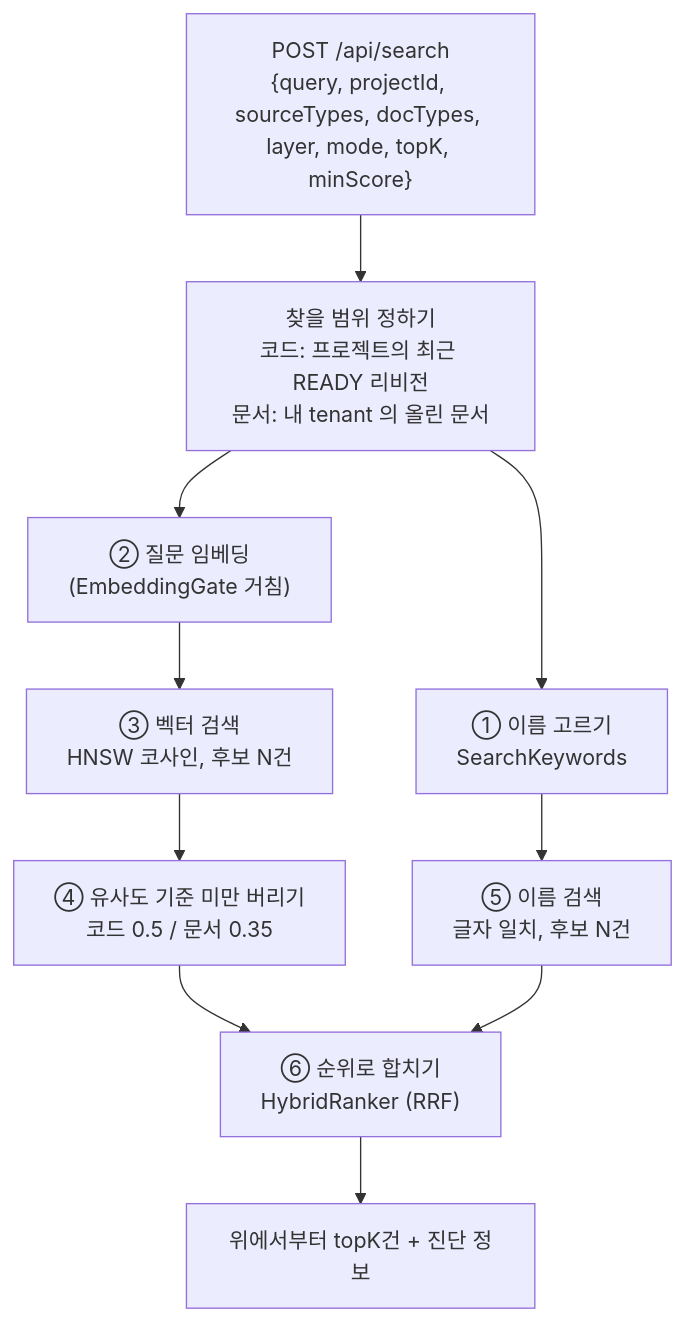
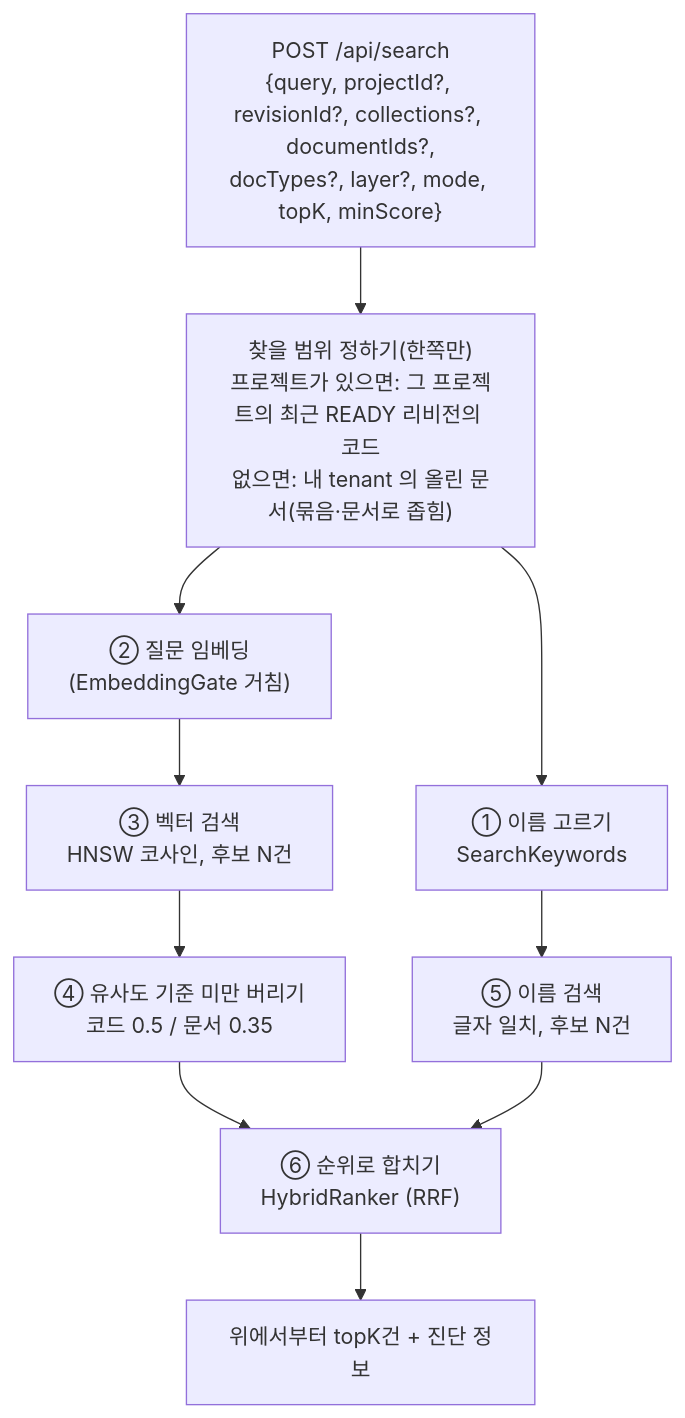
Before and after one commit to YongSoekChoeng/dstone: the seventh of 7 diagrams in docs/11.dstone-knowledge-rag.md, drawn with Mermaid. The commit also changed other lines of this file and 72 other files, not shown here.

````diff
--- a/docs/11.dstone-knowledge-rag.md
+++ b/docs/11.dstone-knowledge-rag.md
@@ -350,12 +369,12 @@
 ```mermaid
 flowchart TB
-    R["POST /api/search<br/>{query, projectId, sourceTypes, docTypes, layer, mode, topK, minScore}"] --> SC["찾을 범위 정하기<br/>코드: 프로젝트의 최근 READY 리비전<br/>문서: 내 tenant 의 올린 문서"]
+    R["POST /api/search<br/>{query, projectId?, revisionId?, collections?, documentIds?,<br/>docTypes?, layer?, mode, topK, minScore}"] --> SC["찾을 범위 정하기(한쪽만)<br/>프로젝트가 있으면: 그 프로젝트의 최근 READY 리비전의 코드<br/>없으면: 내 tenant 의 올린 문서(묶음·문서로 좁힘)"]
     SC --> K["① 이름 고르기<br/>SearchKeywords"]
     SC --> V["② 질문 임베딩<br/>(EmbeddingGate 거침)"]
     V --> VS["③ 벡터 검색<br/>HNSW 코사인, 후보 N건"]
     VS --> MS["④ 유사도 기준 미만 버리기<br/>코드 0.5 / 문서 0.35"]
     K --> KS["⑤ 이름 검색<br/>글자 일치, 후보 N건"]
     MS --> F["⑥ 순위로 합치기<br/>HybridRanker (RRF)"]
     KS --> F
     F --> OUT["위에서부터 topK건 + 진단 정보"]
 ```
````
